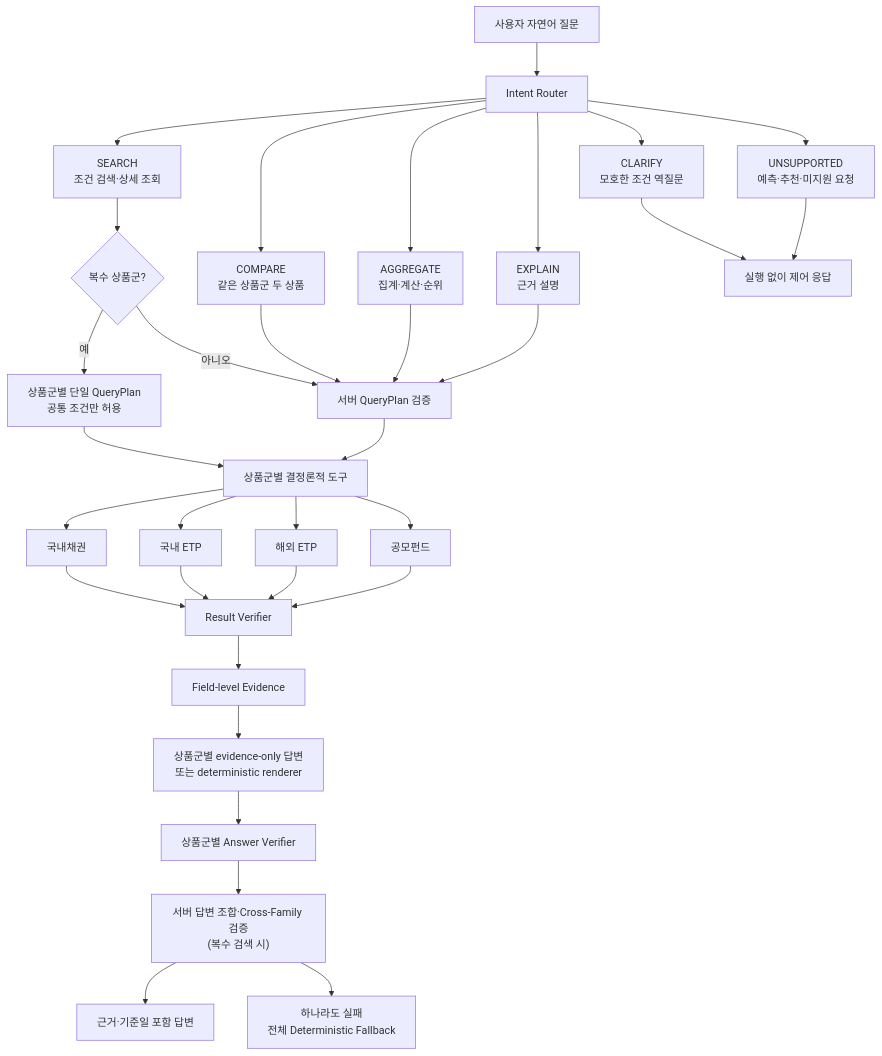
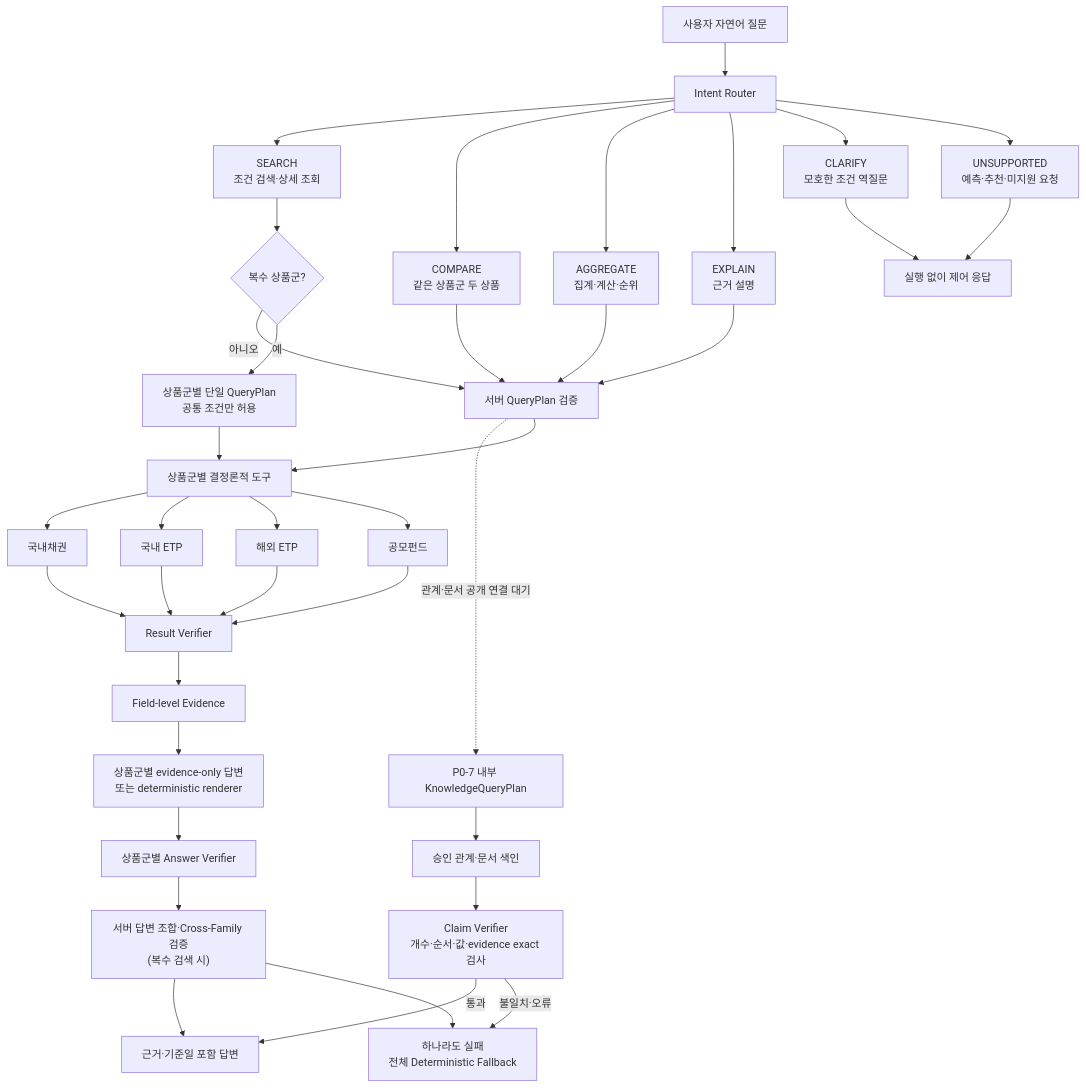
Before and after one commit to Hyunhoim/gaeng3: the diagram in docs/proposal/diagrams/answer-flow.md, drawn with Mermaid. The commit also changed other lines of this file and 23 other files, not shown here.

````diff
--- a/docs/proposal/diagrams/answer-flow.md
+++ b/docs/proposal/diagrams/answer-flow.md
@@ -7,40 +7,46 @@
 ```mermaid
 flowchart TD
     Q["사용자 자연어 질문"] --> R["Intent Router"]
 
     R --> S["SEARCH<br/>조건 검색·상세 조회"]
     R --> C["COMPARE<br/>같은 상품군 두 상품"]
     R --> A["AGGREGATE<br/>집계·계산·순위"]
     R --> E["EXPLAIN<br/>근거 설명"]
     R --> CL["CLARIFY<br/>모호한 조건 역질문"]
     R --> U["UNSUPPORTED<br/>예측·추천·미지원 요청"]
 
     S --> MF{"복수 상품군?"}
     MF -->|"아니오"| P["서버 QueryPlan 검증"]
     MF -->|"예"| MP["상품군별 단일 QueryPlan<br/>공통 조건만 허용"]
     MP --> T
     C --> P
     A --> P
     E --> P
+
+    P -.->|"관계·문서 공개 연결 대기"| KP["P0-7 내부 KnowledgeQueryPlan"]
+    KP --> KR["승인 관계·문서 색인"]
+    KR --> KCV["Claim Verifier<br/>개수·순서·값·evidence exact 검사"]
+    KCV -->|"통과"| OK
+    KCV -->|"불일치·오류"| FB
 
     P --> T["상품군별 결정론적 도구"]
     T --> B["국내채권"]
     T --> DE["국내 ETP"]
     T --> OE["해외 ETP"]
     T --> F["공모펀드"]
 
     B --> V["Result Verifier"]
     DE --> V
     OE --> V
     F --> V
 
     V --> EV["Field-level Evidence"]
     EV --> FA["상품군별 evidence-only 답변<br/>또는 deterministic renderer"]
     FA --> AV["상품군별 Answer Verifier"]
     AV --> XF["서버 답변 조합·Cross-Family 검증<br/>(복수 검색 시)"]
     XF --> OK["근거·기준일 포함 답변"]
     XF --> FB["하나라도 실패<br/>전체 Deterministic Fallback"]
 
     CL --> CONTROL["실행 없이 제어 응답"]
     U --> CONTROL
 ```
````
